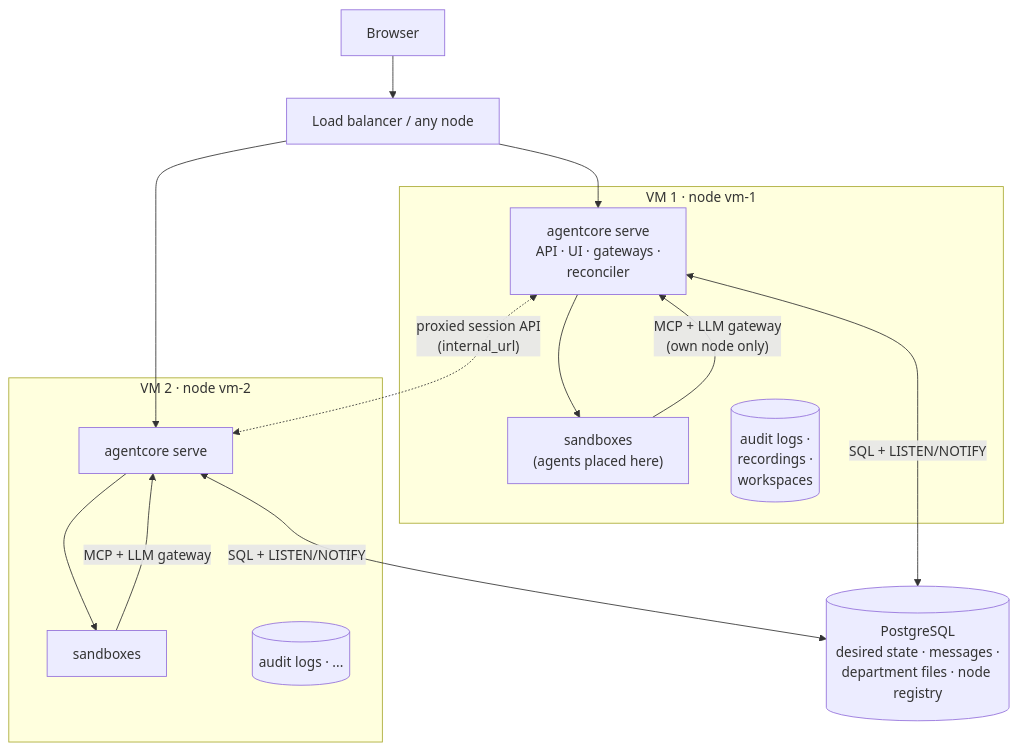
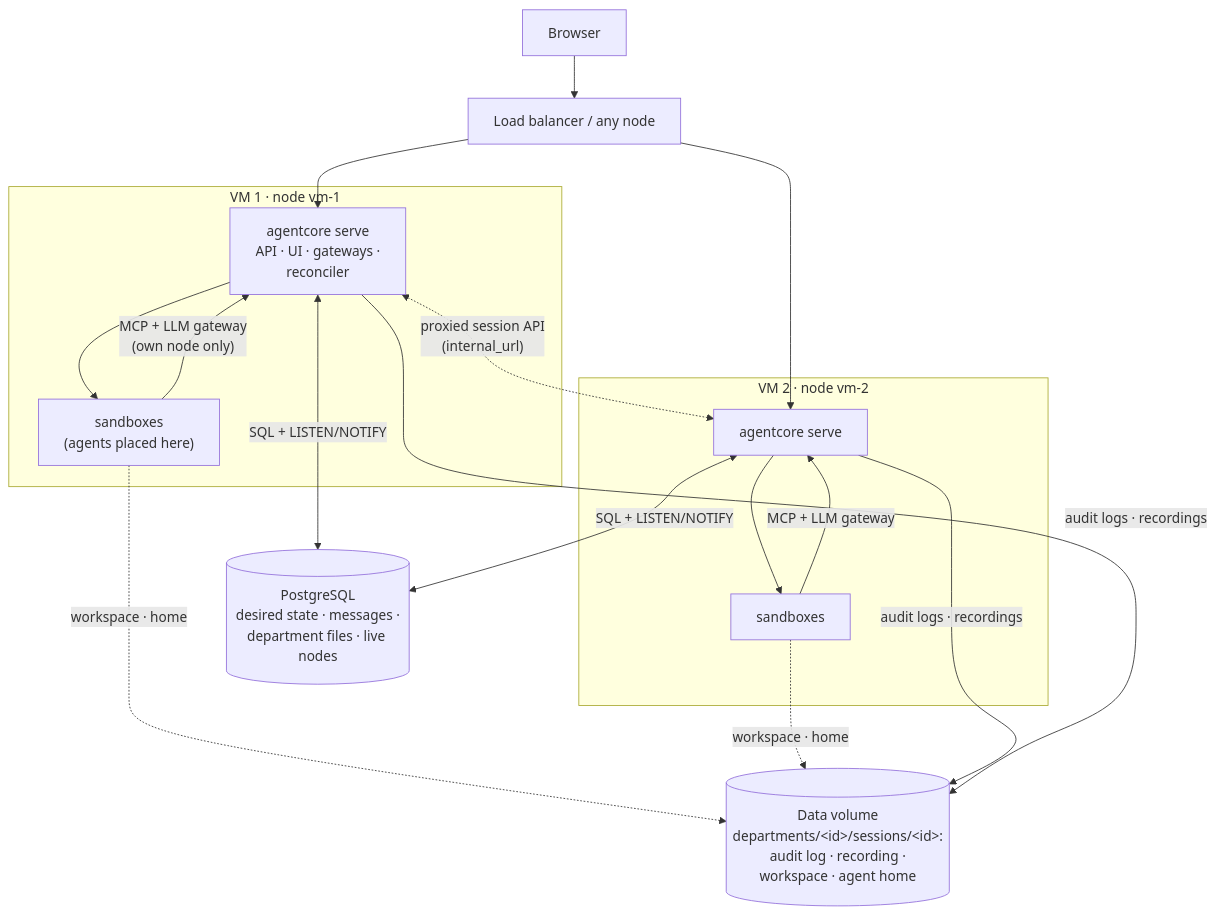
Before and after one commit to Jaelse/agentcore: the ninth of 12 diagrams in docs/MULTI_AGENT.md, drawn with Mermaid. The commit also changed other lines of this file and 52 other files, not shown here.

First line of the commit message:
Ephemeral nodes; sessions and agents pick up where they stopped

````diff
--- a/docs/MULTI_AGENT.md
+++ b/docs/MULTI_AGENT.md
@@ -887,18 +910,18 @@
 ```mermaid
 flowchart TB
     U["Browser"] --> LB["Load balancer / any node"]
     subgraph VM1["VM 1 · node vm-1"]
         N1["agentcore serve<br/>API · UI · gateways ·<br/>reconciler"] --> SB1["sandboxes<br/>(agents placed here)"]
-        D1[("audit logs ·<br/>recordings ·<br/>workspaces")]
     end
     subgraph VM2["VM 2 · node vm-2"]
         N2["agentcore serve"] --> SB2["sandboxes"]
-        D2[("audit logs · ...")]
     end
     LB --> N1 & N2
-    N1 <-- "SQL + LISTEN/NOTIFY" --> PG[("PostgreSQL<br/>desired state · messages ·<br/>department files · node registry")]
+    N1 <-- "SQL + LISTEN/NOTIFY" --> PG[("PostgreSQL<br/>desired state · messages ·<br/>department files · live nodes")]
     N2 <-- "SQL + LISTEN/NOTIFY" --> PG
+    SB1 & SB2 -. "workspace · home" .-> VOL[("Data volume<br/>departments/&lt;id&gt;/sessions/&lt;id&gt;:<br/>audit log · recording ·<br/>workspace · agent home")]
+    N1 & N2 -- "audit logs · recordings" --> VOL
     N1 <-. "proxied session API<br/>(internal_url)" .-> N2
     SB1 -- "MCP + LLM gateway<br/>(own node only)" --> N1
     SB2 -- "MCP + LLM gateway" --> N2
 ```
````
